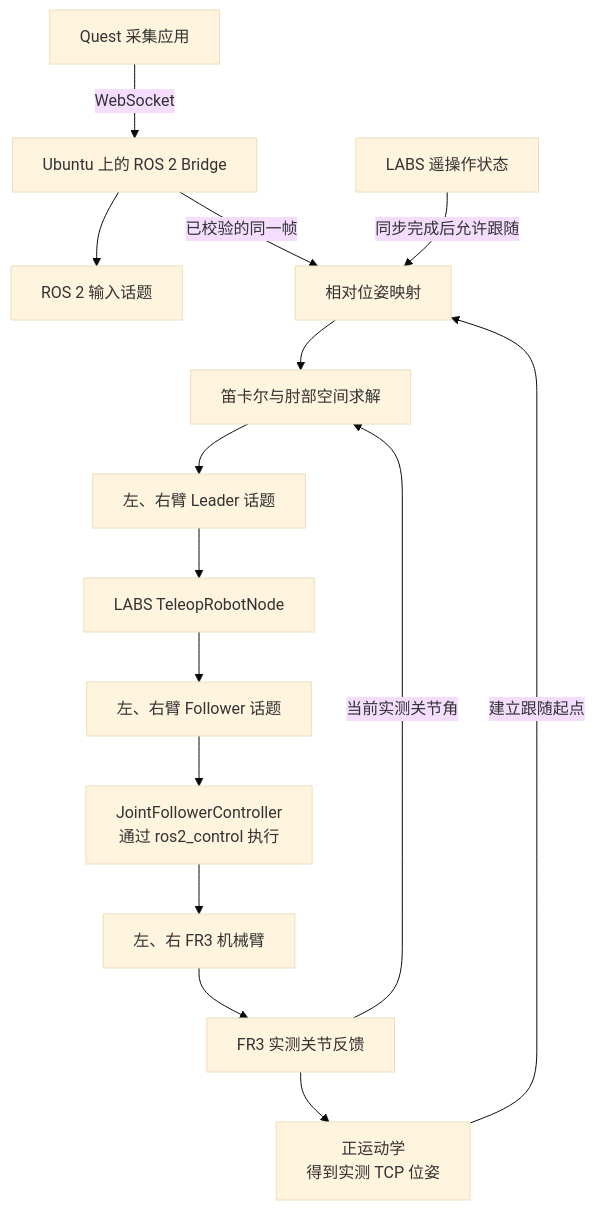
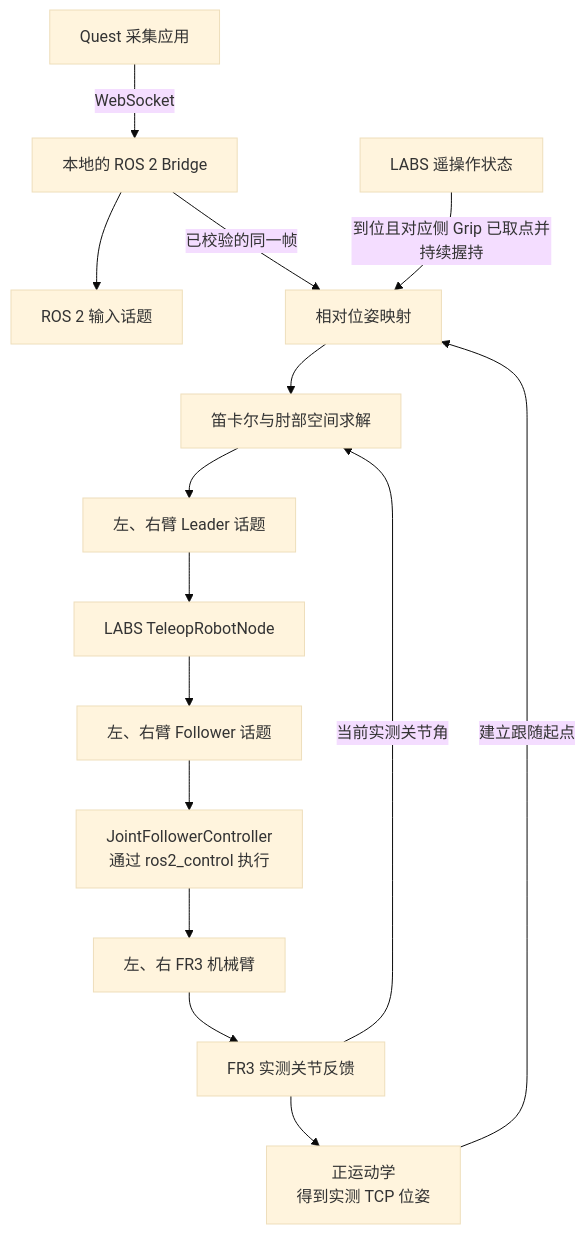
One commit to YYxzz8866/Quest-Proposal changed the first of 2 diagrams in 1、整体架构及开发范围.md. Above: the diagram before and after it, drawn with Mermaid (base theme). The commit also changed other lines of this file and 9 other files, not shown here.

````diff
--- a/1、整体架构及开发范围.md
+++ b/1、整体架构及开发范围.md
@@ -49,31 +49,31 @@
 ```mermaid
 flowchart TD
     Quest["Quest 采集应用"]
-    Bridge["Ubuntu 上的 ROS 2 Bridge"]
+    Bridge["本地的 ROS 2 Bridge"]
     Observe["ROS 2 输入话题"]
     State["LABS 遥操作状态"]
     Follow["相对位姿映射"]
     Solve["笛卡尔与肘部空间求解"]
     Leader["左、右臂 Leader 话题"]
     Relay["LABS TeleopRobotNode"]
     Follower["左、右臂 Follower 话题"]
     Controller["JointFollowerController<br/>通过 ros2_control 执行"]
     Robot["左、右 FR3 机械臂"]
     Feedback["FR3 实测关节反馈"]
     FK["正运动学<br/>得到实测 TCP 位姿"]
 
     Quest -->|WebSocket| Bridge
     Bridge --> Observe
     Bridge -->|已校验的同一帧| Follow
-    State -->|同步完成后允许跟随| Follow
+    State -->|到位且对应侧 Grip 已取点并持续握持| Follow
     Follow --> Solve
     Solve --> Leader
     Leader --> Relay
     Relay --> Follower
     Follower --> Controller
     Controller --> Robot
     Robot --> Feedback
     Feedback -->|当前实测关节角| Solve
     Feedback --> FK
     FK -->|建立跟随起点| Follow
 ```
````
